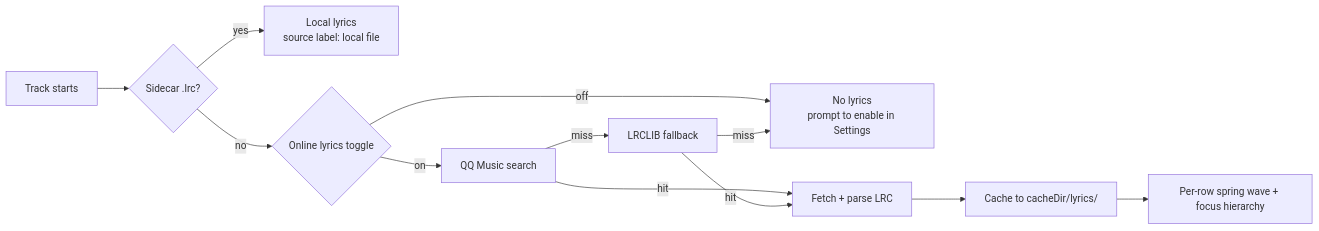
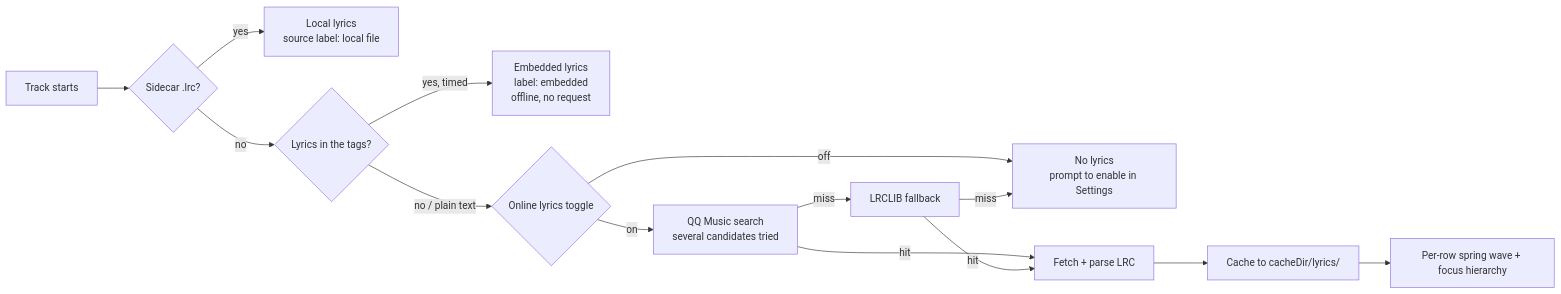
The first of 2 diagrams in README.en.md (Sanye223/Melody-Retro), drawn with Mermaid before and after one commit. The commit also changed other lines of this file and 13 other files, not shown here.

````diff
--- a/README.en.md
+++ b/README.en.md
@@ -73,14 +74,16 @@
 ```mermaid
 flowchart LR
     A[Track starts] --> B{"Sidecar .lrc?"}
     B -->|yes| C["Local lyrics<br/>source label: local file"]
-    B -->|no| D{Online lyrics toggle}
+    B -->|no| K{"Lyrics in the tags?"}
+    K -->|yes, timed| L["Embedded lyrics<br/>label: embedded<br/>offline, no request"]
+    K -->|no / plain text| D{Online lyrics toggle}
     D -->|off| E["No lyrics<br/>prompt to enable in Settings"]
-    D -->|on| F[QQ Music search]
+    D -->|on| F["QQ Music search<br/>several candidates tried"]
     F -->|hit| G[Fetch + parse LRC]
     F -->|miss| H[LRCLIB fallback]
     H -->|hit| G
     H -->|miss| E
     G --> I["Cache to cacheDir/lyrics/"]
     I --> J[Per-row spring wave + focus hierarchy]
 ```
````
